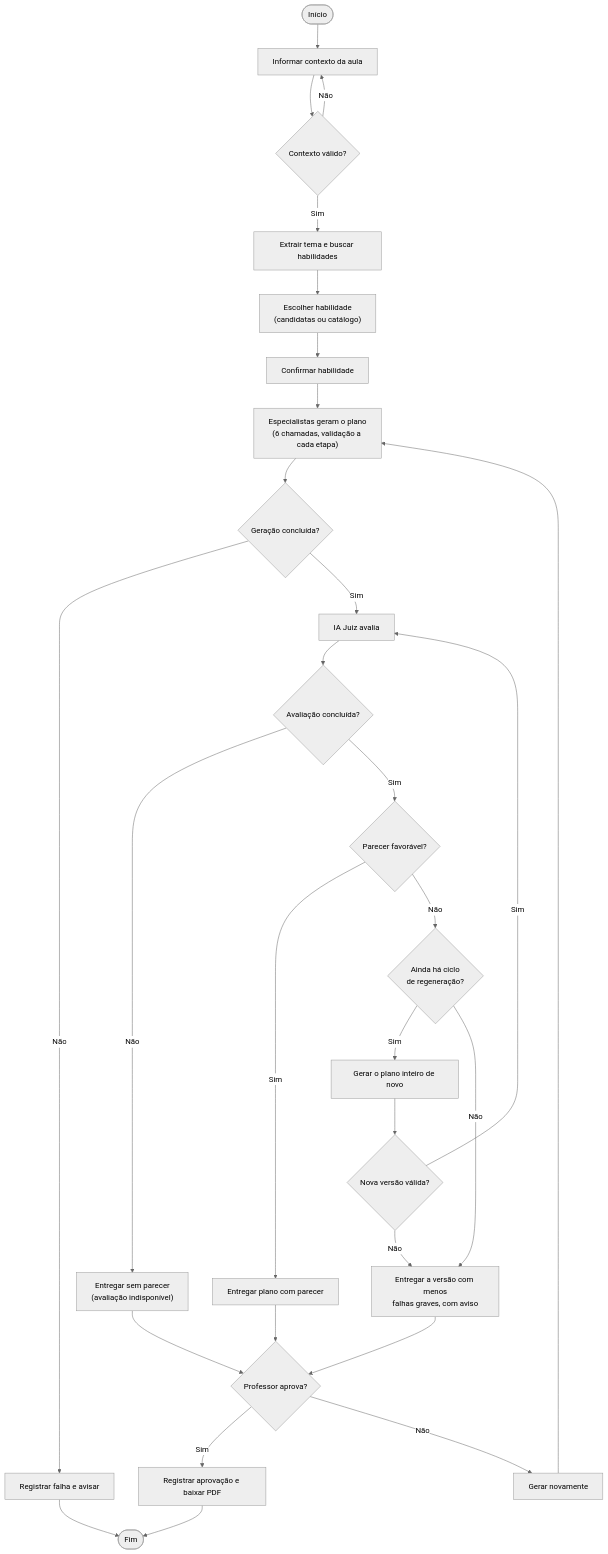
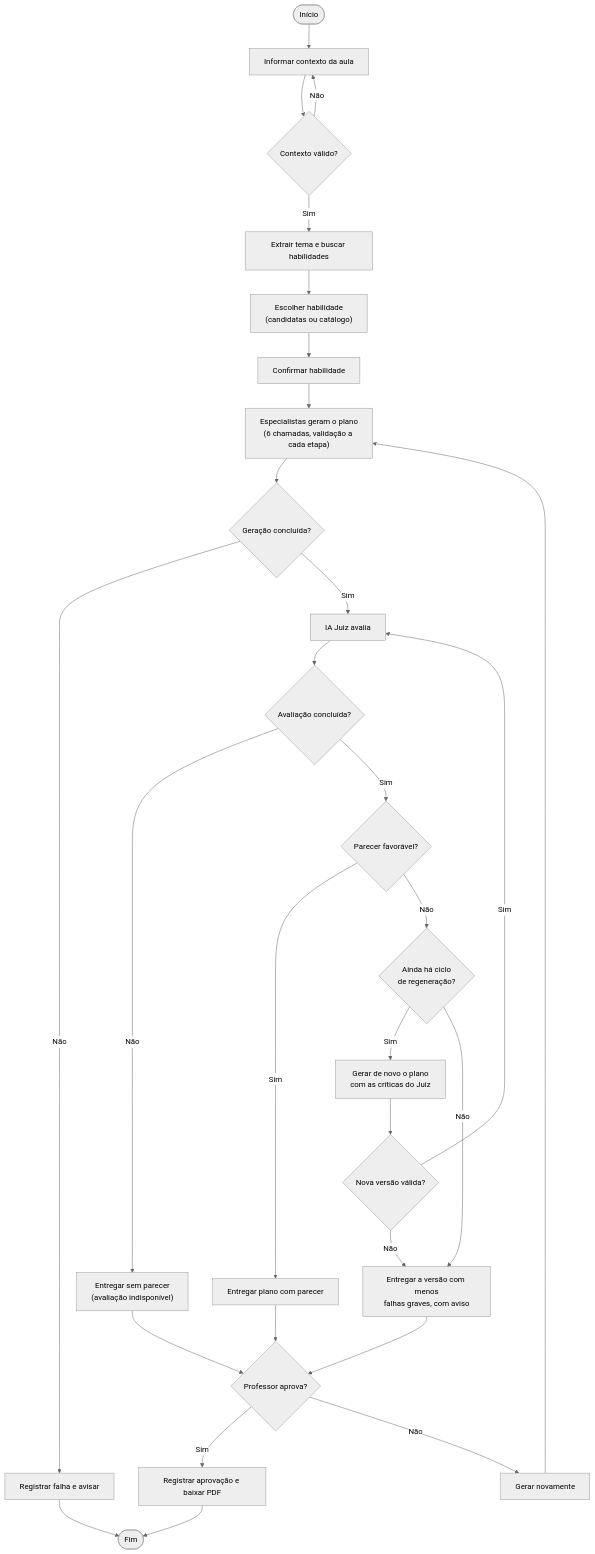
The diagram in docs/diagramas/final/atividades.mmd (Carneiro-Joao/tcc-plataforma-multiagente), drawn with Mermaid (neutral theme) before and after one commit. The commit also changed 6 other files, not shown here.

First line of the commit message:
docs(diagramas): regeneracao informada nas figuras do Cap. 4 (visao geral, atividades, sequencia)

```diff
--- a/docs/diagramas/final/atividades.mmd
+++ b/docs/diagramas/final/atividades.mmd
@@ -1,29 +1,29 @@
 flowchart TD
     I(["Início"]) --> C["Informar contexto da aula"]
     C --> V{"Contexto válido?"}
     V -->|"Não"| C
     V -->|"Sim"| T["Extrair tema e buscar habilidades"]
     T --> H["Escolher habilidade<br/>(candidatas ou catálogo)"]
     H --> CF["Confirmar habilidade"]
     CF --> G["Especialistas geram o plano<br/>(6 chamadas, validação a cada etapa)"]
     G --> OK{"Geração concluída?"}
     OK -->|"Não"| FG["Registrar falha e avisar"]
     OK -->|"Sim"| J["IA Juiz avalia"]
     J --> FJ{"Avaliação concluída?"}
     FJ -->|"Não"| SP["Entregar sem parecer<br/>(avaliação indisponível)"]
     FJ -->|"Sim"| FAV{"Parecer favorável?"}
     FAV -->|"Sim"| EN["Entregar plano com parecer"]
     FAV -->|"Não"| CI{"Ainda há ciclo<br/>de regeneração?"}
-    CI -->|"Sim"| RG["Gerar o plano inteiro de novo"]
+    CI -->|"Sim"| RG["Gerar de novo o plano<br/>com as críticas do Juiz"]
     RG --> RV{"Nova versão válida?"}
     RV -->|"Sim"| J
     RV -->|"Não"| MV
     CI -->|"Não"| MV["Entregar a versão com menos<br/>falhas graves, com aviso"]
     EN --> D{"Professor aprova?"}
     SP --> D
     MV --> D
     D -->|"Sim"| AP["Registrar aprovação e baixar PDF"]
     D -->|"Não"| NV["Gerar novamente"]
     NV --> G
     FG --> F(["Fim"])
     AP --> F
```
